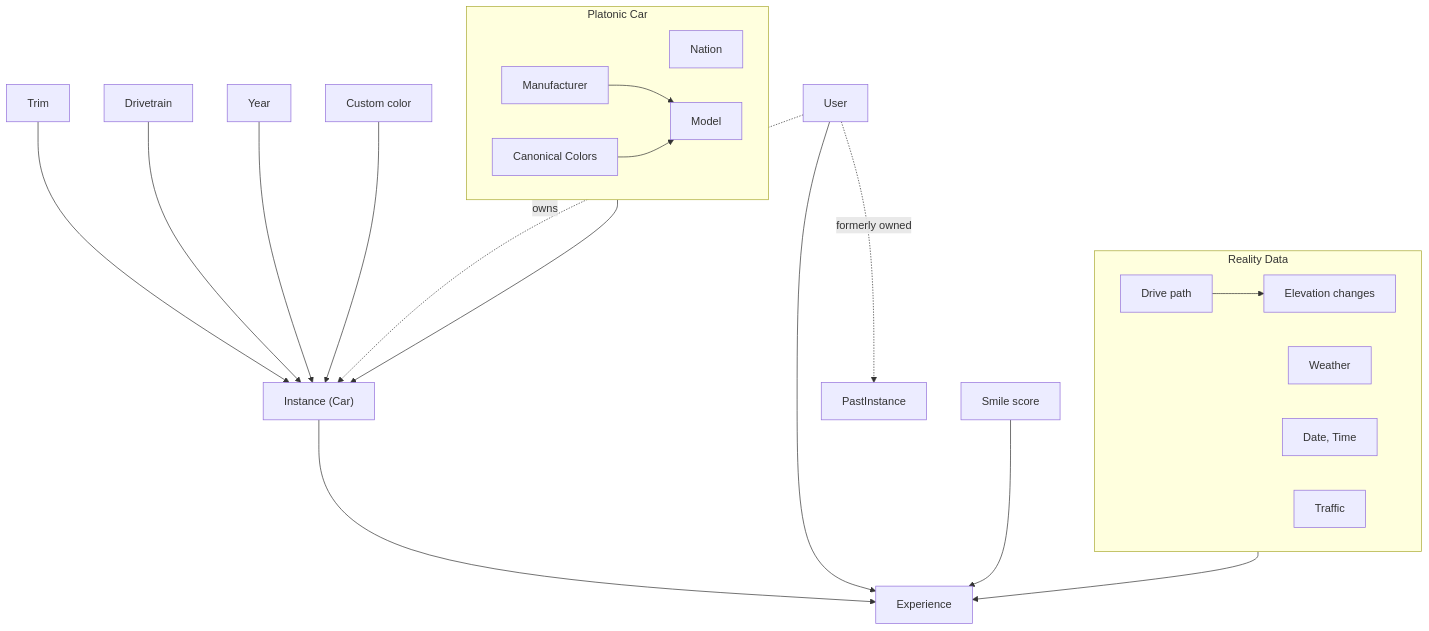
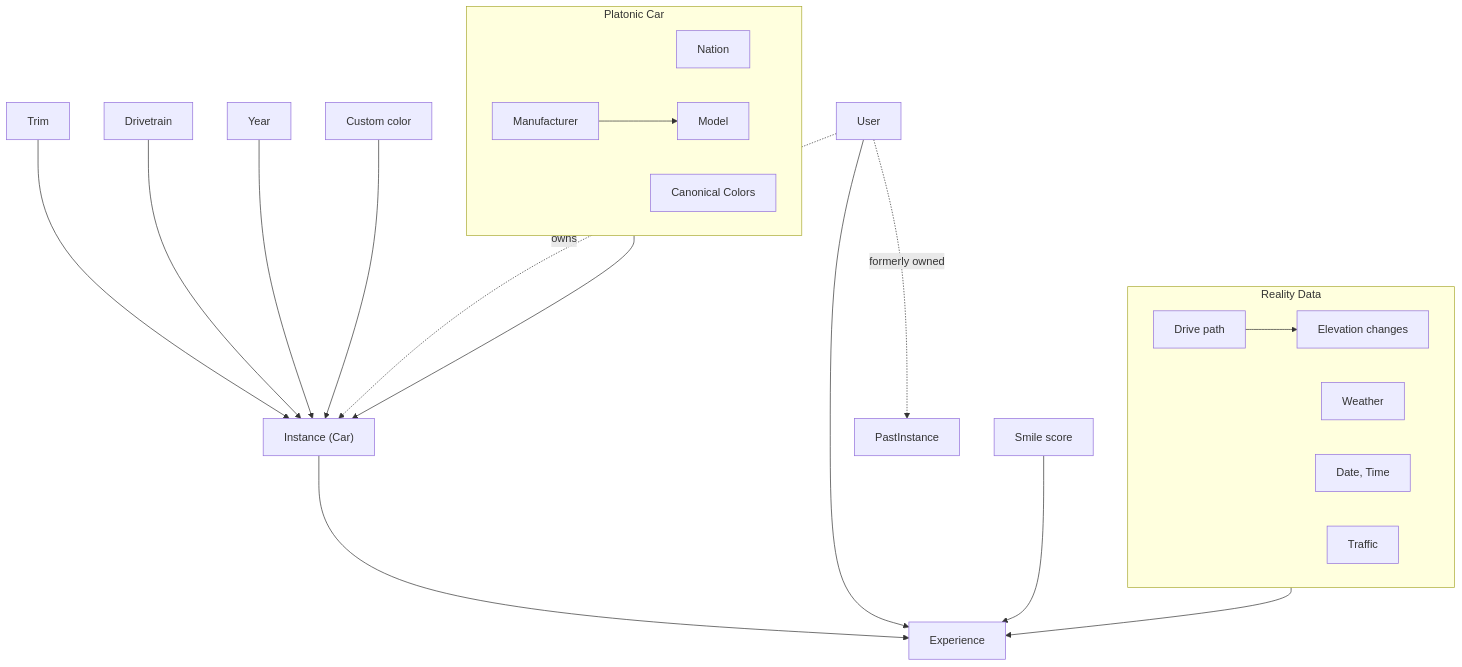
Before and after one commit to UUeird/dyno: the diagram in docs/product.md, drawn with Mermaid.

Commit message:
Remove Canonical Colors to Model link in product flow chart

````diff
--- a/docs/product.md
+++ b/docs/product.md
@@ -7,25 +7,25 @@
 ```mermaid
 flowchart TD
     subgraph PlatonicCar["Platonic Car"]
         Nation
         Manufacturer --> Model
-        CanonicalColors["Canonical Colors"] --> Model
+        CanonicalColors["Canonical Colors"]
     end
     PlatonicCar --> Instance["Instance (Car)"] --> Experience
     Trim --> Instance
     Drivetrain --> Instance
     Year --> Instance
     User --> Experience
     CustomColor["Custom color"] --> Instance
     User -. owns .-> Instance
     User -. formerly owned .-> PastInstance
     SmileScore["Smile score"] --> Experience
 
     subgraph RealityData["Reality Data"]
         DrivePath["Drive path"] --> Elevation["Elevation changes"]
         Weather
         DateTime["Date, Time"]
         Traffic
     end
     RealityData --> Experience
 ```
````
